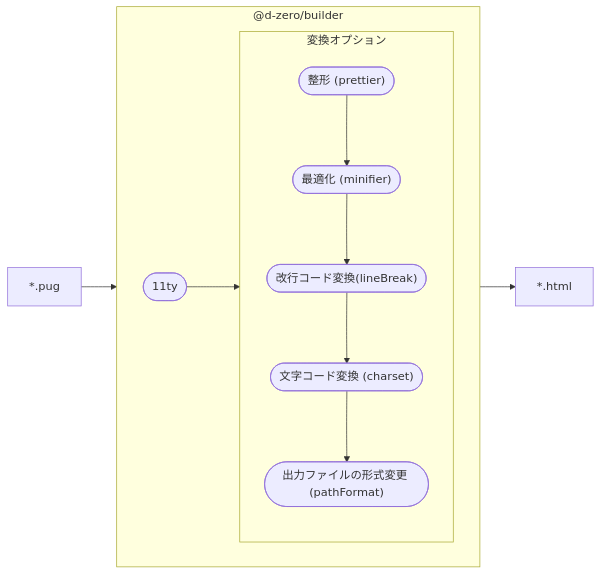
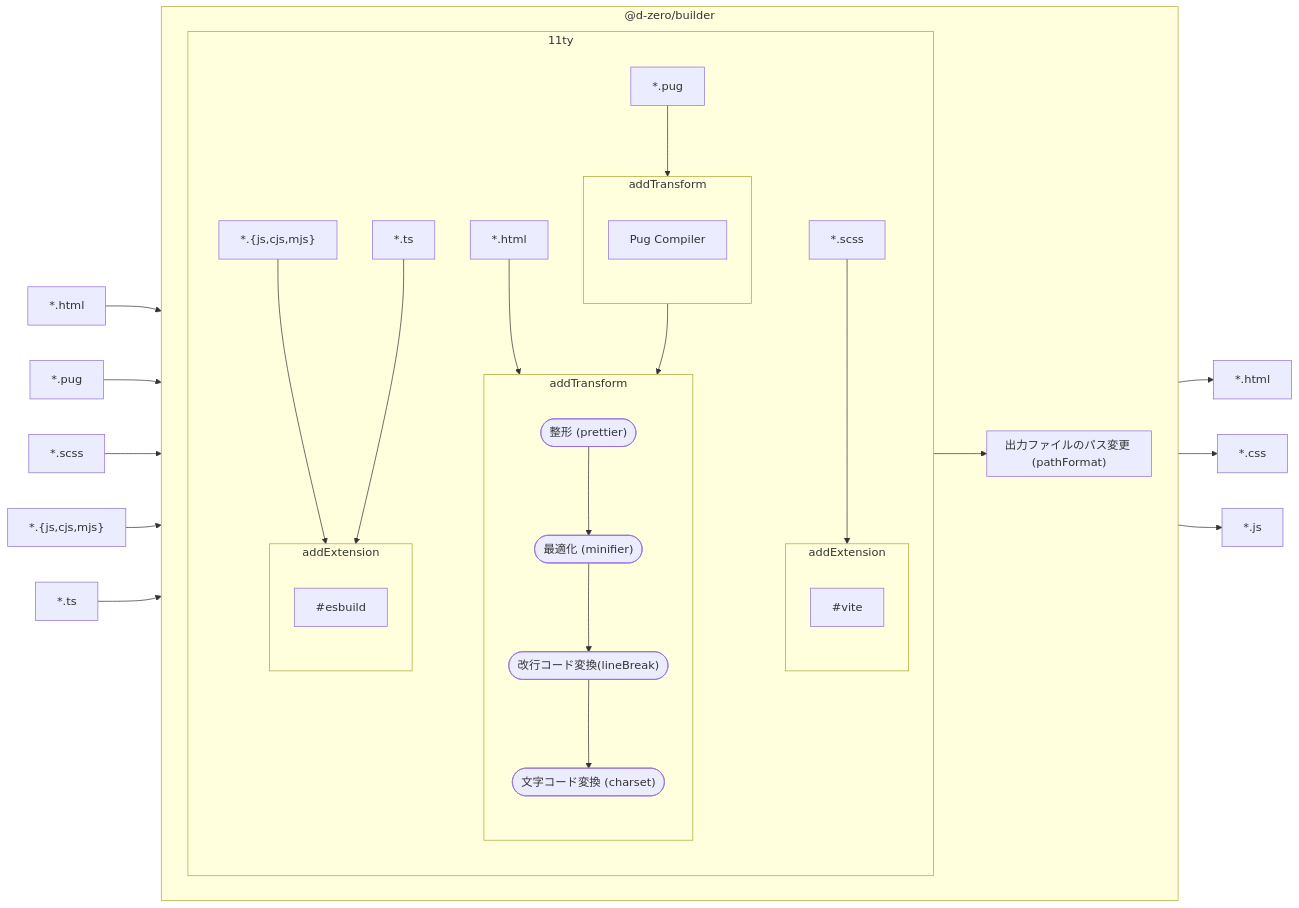
One commit to d-zero-dev/frontend-guidelines changed the diagram in src/html.md. Above: the diagram before and after it, drawn with Mermaid. The commit also changed other lines of this file and 3 other files, not shown here.

````diff
--- a/src/html.md
+++ b/src/html.md
@@ -402,23 +402,72 @@
 ```mermaid
 flowchart LR
-	#in["*.pug"]
-	#out["*.html"]
-	#11ty(["11ty"])
-	#prettier(["整形 (prettier)"])
-	#minifier(["最適化 (minifier)"])
-	#lineBreak(["改行コード変換(lineBreak)"])
-	#charset(["文字コード変換 (charset)"])
-	#pathFormat(["出力ファイルの形式変更 (pathFormat)"])
+	#inHTML["*.html"]
+	#inPug["*.pug"]
+	#inSCSS["*.scss"]
+	#inJS["*.{js,cjs,mjs}"]
+	#inTS["*.ts"]
+	#outHTML["*.html"]
+	#outCSS["*.css"]
+	#outJS["*.js"]
 
-	#in --> #dzBuilder --> #out
+	#inHTML --> #dzBuilder
+	#inPug --> #dzBuilder
+	#inSCSS --> #dzBuilder
+	#inJS --> #dzBuilder
+	#inTS --> #dzBuilder
+	#dzBuilder --> #outHTML
+	#dzBuilder --> #outCSS
+	#dzBuilder --> #outJS
 
 	subgraph #dzBuilder["@d-zero/builder"]
 		direction LR
-		#11ty --> #options
 
-		subgraph #options["変換オプション"]
-			direction TB
-			#prettier --> #minifier --> #lineBreak --> #charset --> #pathFormat
+		subgraph #eleventy["11ty"]
+			#html["*.html"]
+			#pug["*.pug"]
+			#scss["*.scss"]
+			#js["*.{js,cjs,mjs}"]
+			#ts["*.ts"]
+
+			subgraph #transformPug["addTransform"]
+				direction TB
+
+				#pugCompiler["Pug Compiler"]
+			end
+
+			subgraph #transformHTML["addTransform"]
+				direction TB
+
+				#prettier(["整形 (prettier)"])
+				#minifier(["最適化 (minifier)"])
+				#lineBreak(["改行コード変換(lineBreak)"])
+				#charset(["文字コード変換 (charset)"])
+
+				#prettier --> #minifier --> #lineBreak --> #charset
+			end
+
+			subgraph #transpileCSS["addExtension"]
+				direction TB
+
+				#vite
+			end
+
+			subgraph #transpileJS["addExtension"]
+				direction TB
+
+				#esbuild
+			end
+
+			#html --> #transformHTML
+			#pug --> #transformPug --> #transformHTML
+			#scss --> #transpileCSS
+			#js --> #transpileJS
+			#ts --> #transpileJS
 		end
+
+		subgraph #pathFormat["出力ファイルのパス変更 (pathFormat)"]
+		end
+
+		#eleventy --> #pathFormat
 	end
 ```
````
